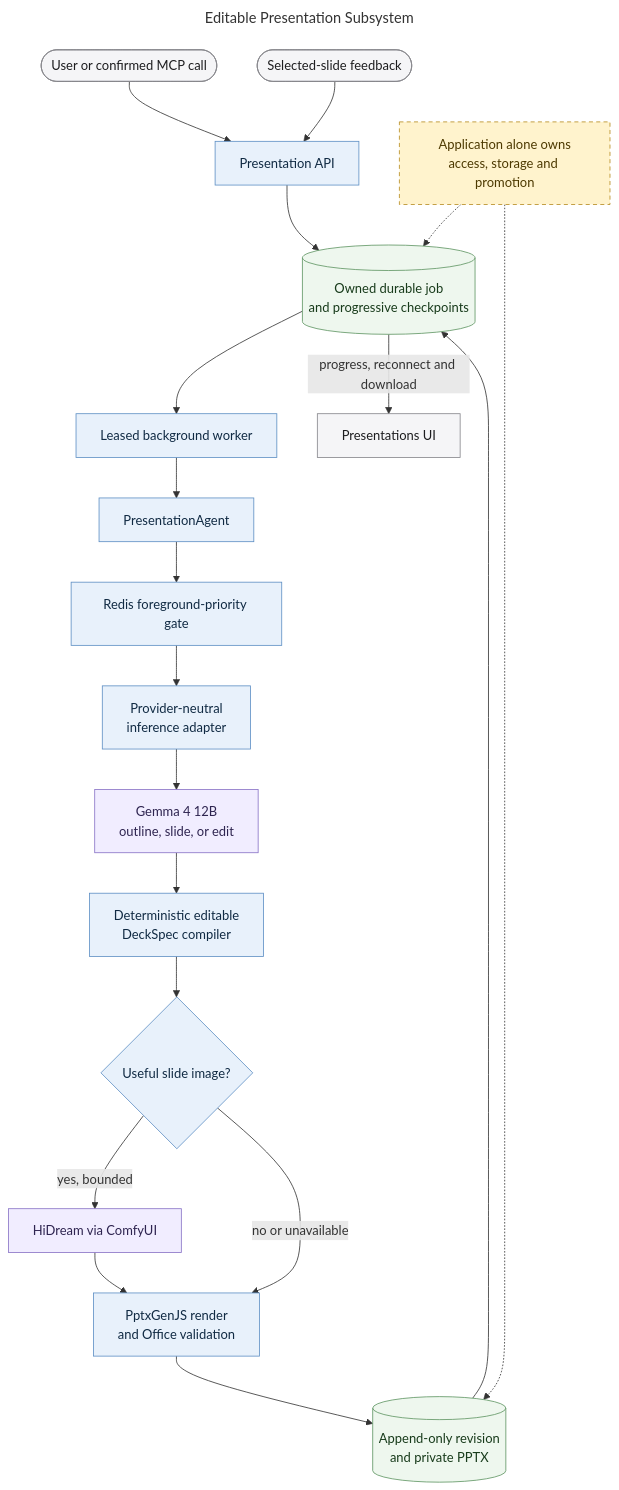
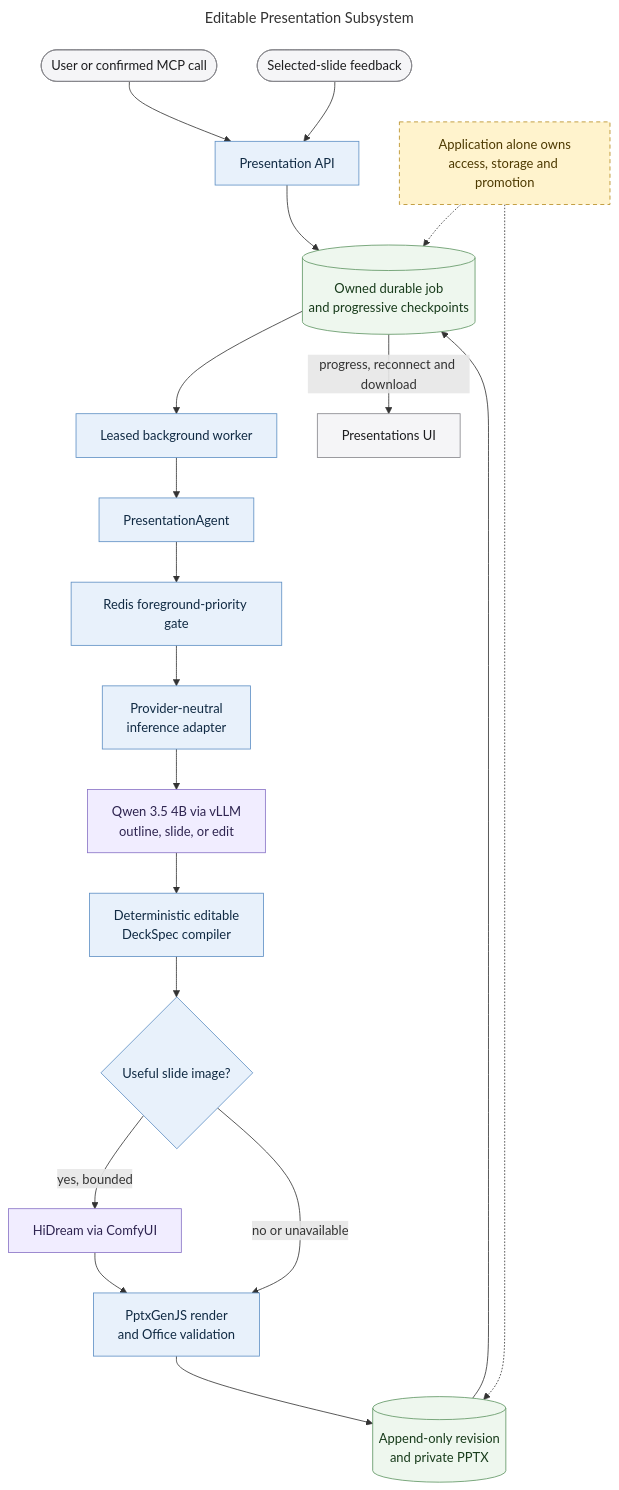
The diagram in docs/diagrams/presentation-subsystem.mmd (MallyaAni/PersonalAssistant), drawn with Mermaid before and after one commit. The commit also changed 41 other files, not shown here.

```diff
--- a/docs/diagrams/presentation-subsystem.mmd
+++ b/docs/diagrams/presentation-subsystem.mmd
@@ -1,35 +1,35 @@
 ---
 title: Editable Presentation Subsystem
 ---
 flowchart TB
     User([User or confirmed MCP call]) --> API[Presentation API]
     Feedback([Selected-slide feedback]) --> API
     API --> Job[(Owned durable job<br/>and progressive checkpoints)]
     Job --> Worker[Leased background worker]
     Worker --> Agent[PresentationAgent]
     Agent --> Gate[Redis foreground-priority gate]
     Gate --> Inference[Provider-neutral<br/>inference adapter]
-    Inference --> Gemma[Gemma 4 12B<br/>outline, slide, or edit]
-    Gemma --> Compiler[Deterministic editable<br/>DeckSpec compiler]
+    Inference --> Qwen[Qwen 3.5 4B via vLLM<br/>outline, slide, or edit]
+    Qwen --> Compiler[Deterministic editable<br/>DeckSpec compiler]
     Compiler --> Visuals{Useful slide image?}
     Visuals -->|yes, bounded| HiDream[HiDream via ComfyUI]
     Visuals -->|no or unavailable| Render
     HiDream --> Render[PptxGenJS render<br/>and Office validation]
     Render --> Revision[(Append-only revision<br/>and private PPTX)]
     Revision --> Job
     Job -->|progress, reconnect and download| UI[Presentations UI]
 
     Boundary[Application alone owns<br/>access, storage and promotion]
     Boundary -.-> Job
     Boundary -.-> Revision
 
     classDef interface fill:#f5f5f7,stroke:#86868b,color:#1d1d1f;
     classDef application fill:#e8f1fb,stroke:#5e8fc4,color:#102a43;
     classDef data fill:#eef7ee,stroke:#5f9562,color:#183b1b;
     classDef external fill:#f1edff,stroke:#8872c6,color:#2e2450;
     classDef warning fill:#fff3cd,stroke:#b78b20,color:#4d3900,stroke-dasharray:5 4;
     class User,UI,Feedback interface;
     class API,Worker,Agent,Gate,Inference,Compiler,Visuals,Render application;
     class Job,Revision data;
-    class Gemma,HiDream external;
+    class Qwen,HiDream external;
     class Boundary warning;
```
